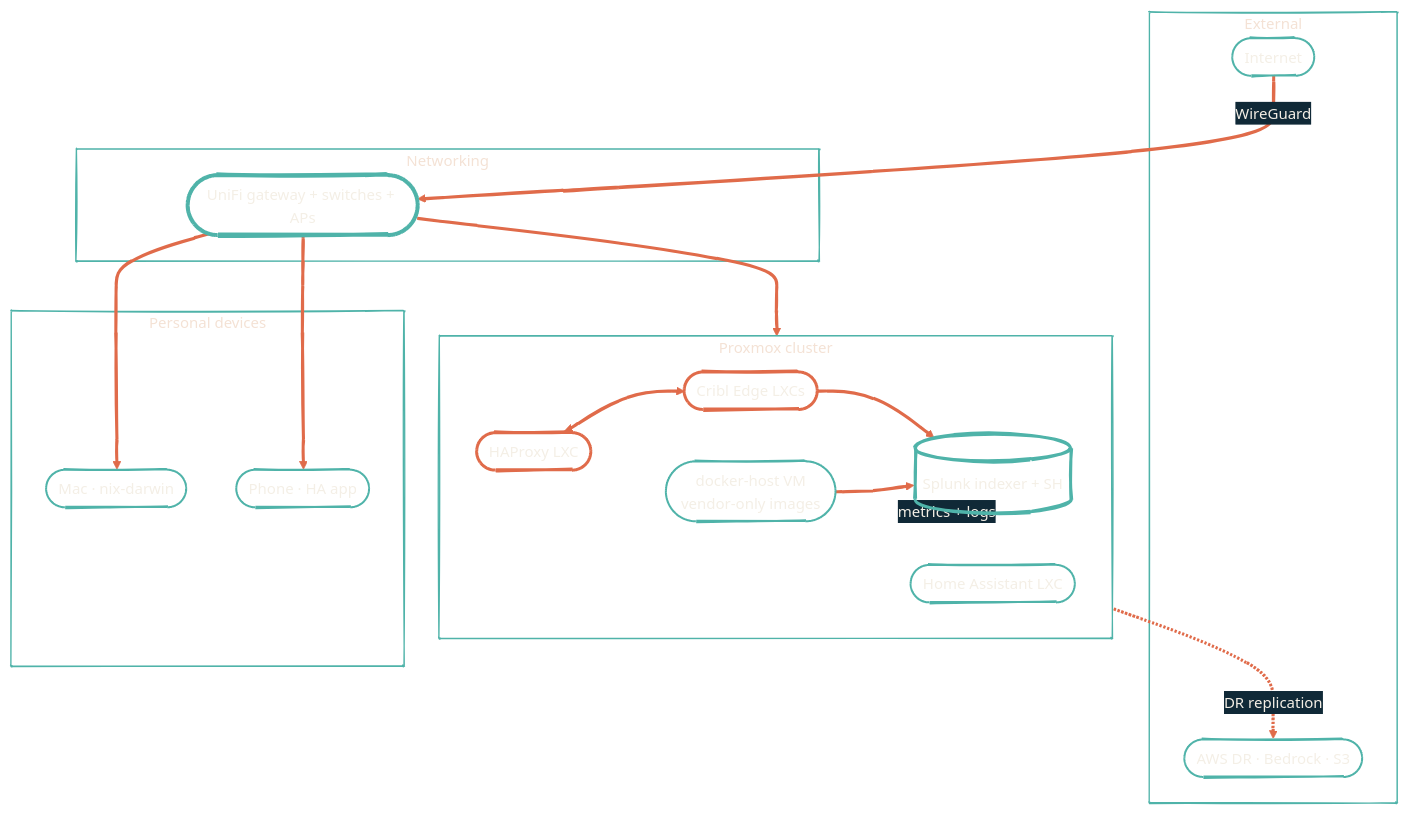
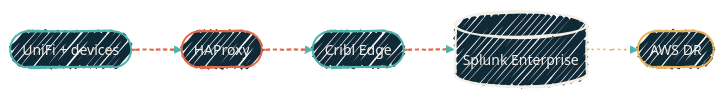
One commit to dryvist/docs changed the second of 2 diagrams in about/homelab.mdx. Above: the diagram before and after it, drawn with Mermaid. The commit also changed other lines of this file and 45 other files, not shown here.

````diff
--- a/about/homelab.mdx
+++ b/about/homelab.mdx
@@ -23,49 +57,24 @@
 ```mermaid
-%%{init: {'theme':'base','look':'handDrawn','themeVariables':{'primaryColor':'#4FB3A9','primaryTextColor':'#F4EFE6','primaryBorderColor':'#2F7E78','lineColor':'#E06B4A','secondaryColor':'#102937','tertiaryColor':'#0B1D2A','clusterBkg':'transparent','clusterBorder':'#4FB3A9','fontFamily':'Geist','fontSize':'15px'}}}%%
-flowchart TB
-  subgraph WAN["External"]
-    Internet(["Internet"])
-    Cloud(["AWS DR · Bedrock · S3"])
-  end
+%%{init: {'theme':'base','look':'handDrawn','themeVariables':{'fontFamily':'Geist','fontSize':'14px','primaryColor':'#102937','primaryTextColor':'#F4EFE6','primaryBorderColor':'#4FB3A9','lineColor':'#4FB3A9','secondaryColor':'#0B1D2A','tertiaryColor':'#1A2A38','clusterBkg':'rgba(79,179,169,0.08)','clusterBorder':'#4FB3A9'}}}%%
+flowchart LR
+  Src([UniFi + devices])
+  HA([HAProxy])
+  Edge([Cribl Edge])
+  SP[(Splunk Enterprise)]
+  AWS([AWS DR])
 
-  subgraph Net["Networking"]
-    UniFi(["UniFi gateway + switches + APs"])
-  end
+  Src --> HA --> Edge --> SP --> AWS
 
-  subgraph PVE["Proxmox cluster"]
-    direction LR
-    HA(["HAProxy LXC"])
-    CribE(["Cribl Edge LXCs"])
-    Splunk[("Splunk indexer + SH")]
-    HAss(["Home Assistant LXC"])
-    Docker(["docker-host VM<br/>vendor-only images"])
-  end
+  classDef src   fill:#102937,stroke:#4FB3A9,stroke-width:2px,color:#F4EFE6;
+  classDef proxy fill:#102937,stroke:#E06B4A,stroke-width:2px,color:#F4EFE6;
+  classDef store fill:#102937,stroke:#F4EFE6,stroke-width:2px,color:#F4EFE6;
+  classDef dr    fill:#102937,stroke:#E6B35A,stroke-width:2px,color:#F4EFE6;
 
-  subgraph Edge["Personal devices"]
-    Mac(["Mac · nix-darwin"])
-    Phone(["Phone · HA app"])
-  end
+  class Src,Edge src
+  class HA proxy
+  class SP store
+  class AWS dr
 
-  Internet -- WireGuard --> UniFi
-  UniFi --> PVE
-  UniFi --> Mac
-  UniFi --> Phone
-  PVE -. metrics + logs .-> Splunk
-  Splunk -. DR replication .-> Cloud
-  HA <--> CribE
-  CribE --> Splunk
-  Docker --> Splunk
-
-  style UniFi fill:transparent,stroke:#4FB3A9,stroke-width:4px,color:#F4EFE6
-  style HA fill:transparent,stroke:#E06B4A,stroke-width:3px,color:#F4EFE6
-  style CribE fill:transparent,stroke:#E06B4A,stroke-width:3px,color:#F4EFE6
-  style Splunk fill:transparent,stroke:#4FB3A9,stroke-width:3px,color:#F4EFE6
-  style HAss fill:transparent,stroke:#4FB3A9,stroke-width:2px,color:#F4EFE6
-  style Docker fill:transparent,stroke:#4FB3A9,stroke-width:2px,color:#F4EFE6
-  style Mac fill:transparent,stroke:#4FB3A9,stroke-width:2px,color:#F4EFE6
-  style Phone fill:transparent,stroke:#4FB3A9,stroke-width:2px,color:#F4EFE6
-  style Internet fill:transparent,stroke:#4FB3A9,stroke-width:2px,color:#F4EFE6
-  style Cloud fill:transparent,stroke:#4FB3A9,stroke-width:2px,color:#F4EFE6
-
-  linkStyle default stroke:#E06B4A,stroke-width:3px
+  linkStyle 0,1,2 stroke:#E06B4A,stroke-width:2px,stroke-dasharray:4 3;
+  linkStyle 3 stroke:#E6B35A,stroke-width:1.5px,stroke-dasharray:2 4;
 ```
````
